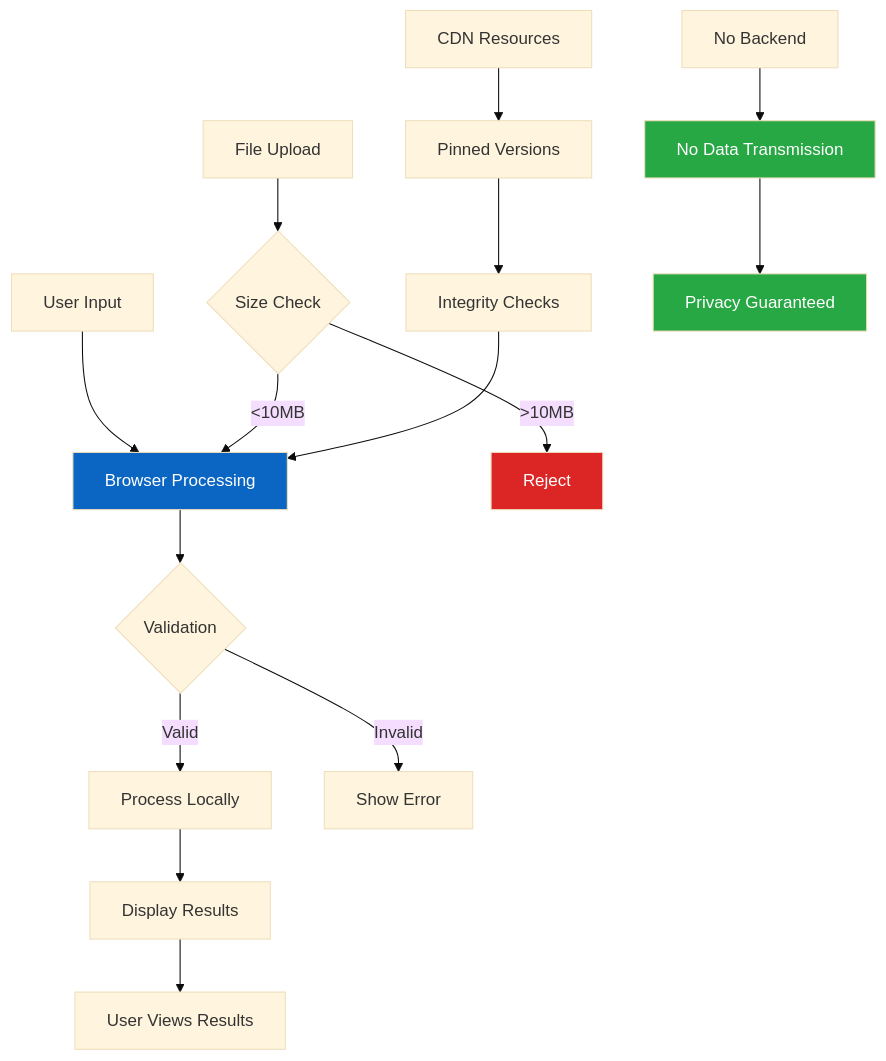
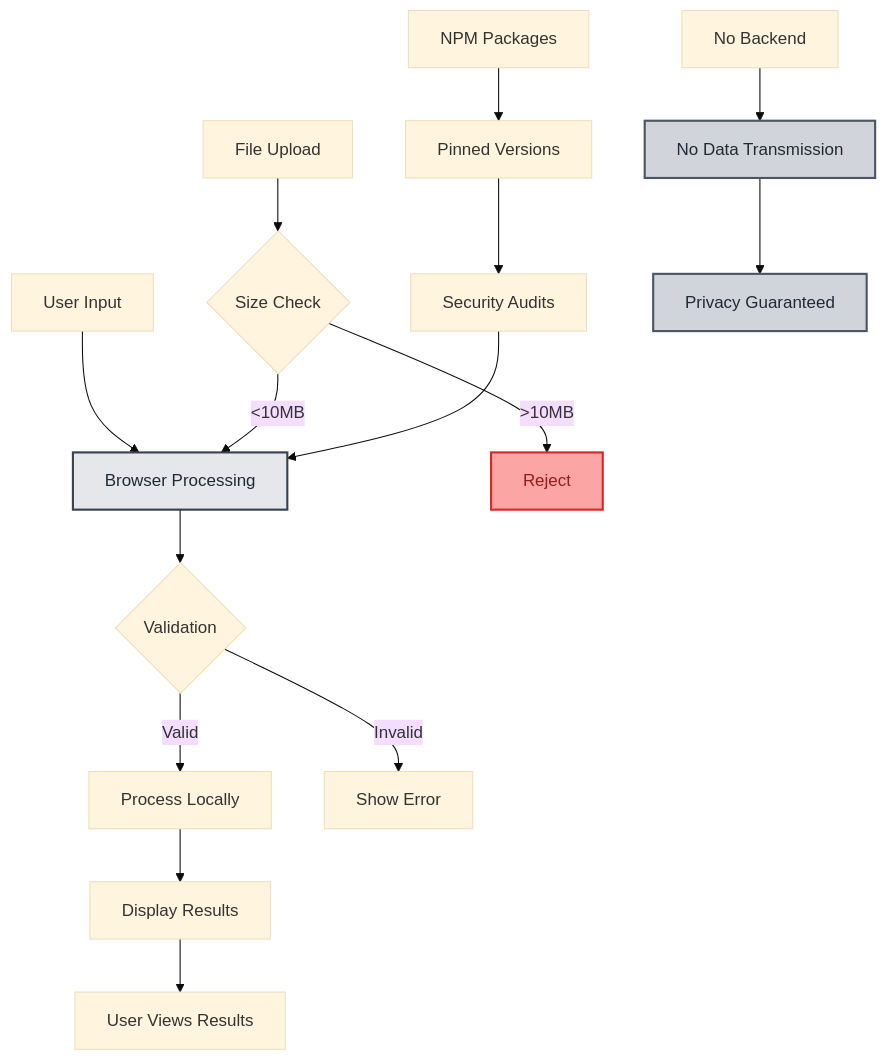
The fourth of 5 diagrams in README.md (girijashankarj/garry-micro-dev-utilities), drawn with Mermaid (base theme) before and after one commit. The commit also changed other lines of this file and 50 other files, not shown here.

````diff
--- a/README.md
+++ b/README.md
@@ -235,26 +281,26 @@
 ```mermaid
 graph TB
     A[User Input] --> B[Browser Processing]
     B --> C{Validation}
     C -->|Valid| D[Process Locally]
     C -->|Invalid| E[Show Error]
     
     D --> F[Display Results]
     F --> G[User Views Results]
     
     H[File Upload] --> I{Size Check}
     I -->|>10MB| J[Reject]
     I -->|<10MB| B
     
-    K[CDN Resources] --> L[Pinned Versions]
-    L --> M[Integrity Checks]
+    K[NPM Packages] --> L[Pinned Versions]
+    L --> M[Security Audits]
     M --> B
     
     N[No Backend] --> O[No Data Transmission]
     O --> P[Privacy Guaranteed]
     
-    style B fill:#0A66C2,color:#fff
-    style O fill:#28a745,color:#fff
-    style P fill:#28a745,color:#fff
-    style J fill:#dc2626,color:#fff
+    style B fill:#e5e7eb,stroke:#374151,stroke-width:2px,color:#1f2937
+    style O fill:#d1d5db,stroke:#4b5563,stroke-width:2px,color:#1f2937
+    style P fill:#d1d5db,stroke:#4b5563,stroke-width:2px,color:#1f2937
+    style J fill:#fca5a5,stroke:#dc2626,stroke-width:2px,color:#991b1b
 ```
````
